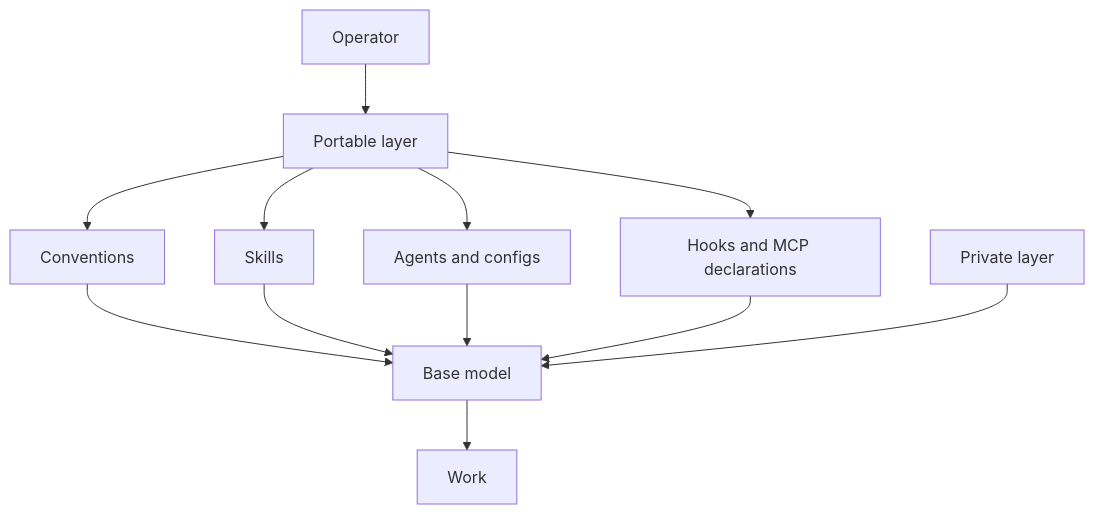
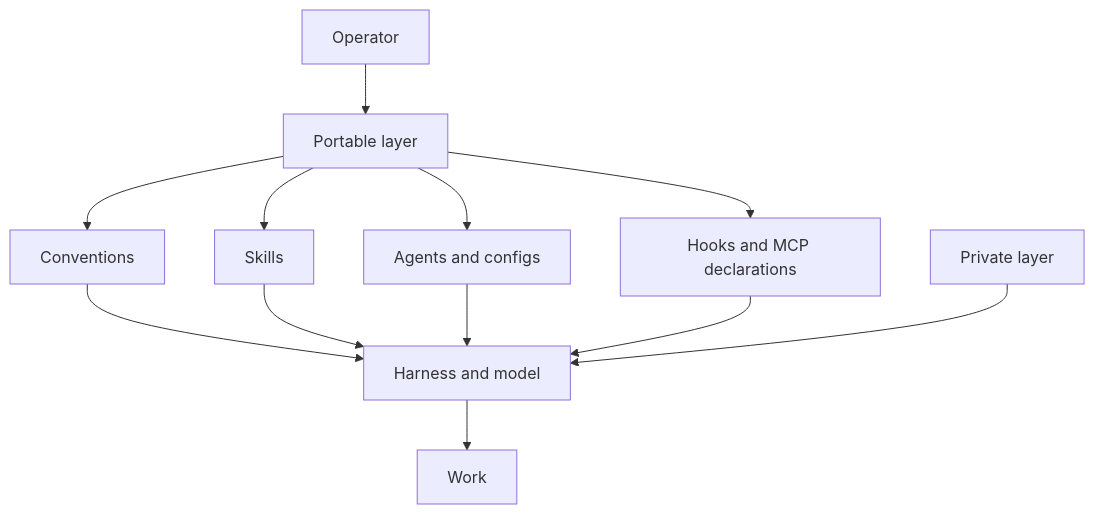
Before and after one commit to ivankqw/agents-cfg: the diagram in README.md, drawn with Mermaid. The commit also changed other lines of this file, not shown here.

````diff
--- a/README.md
+++ b/README.md
@@ -12,14 +41,14 @@
 ```mermaid
 flowchart TB
     O[Operator] --> P[Portable layer]
     P --> C[Conventions]
     P --> S[Skills]
     P --> A[Agents and configs]
     P --> H[Hooks and MCP declarations]
-    C --> B[Base model]
+    C --> B[Harness and model]
     S --> B
     A --> B
     H --> B
     R[Private layer] --> B
     B --> W[Work]
 ```
````
